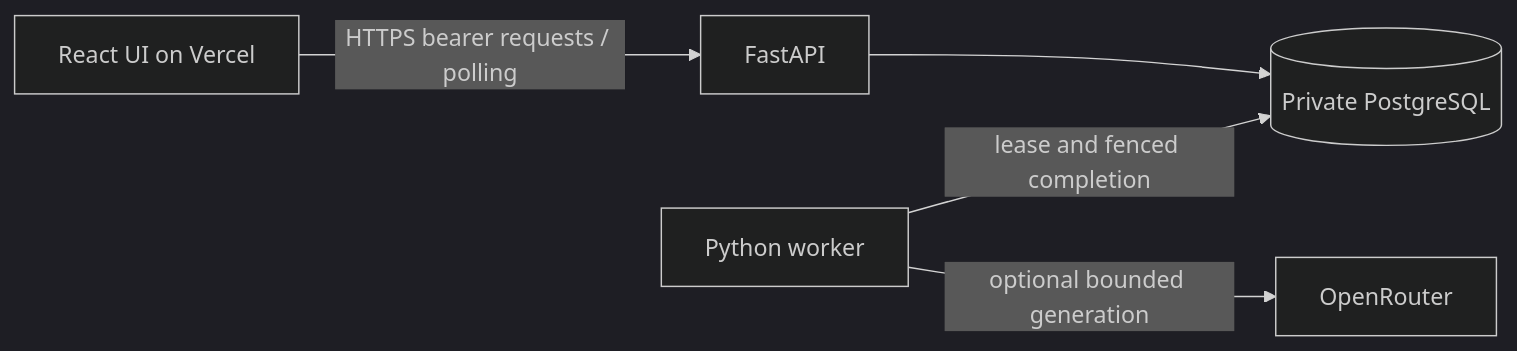
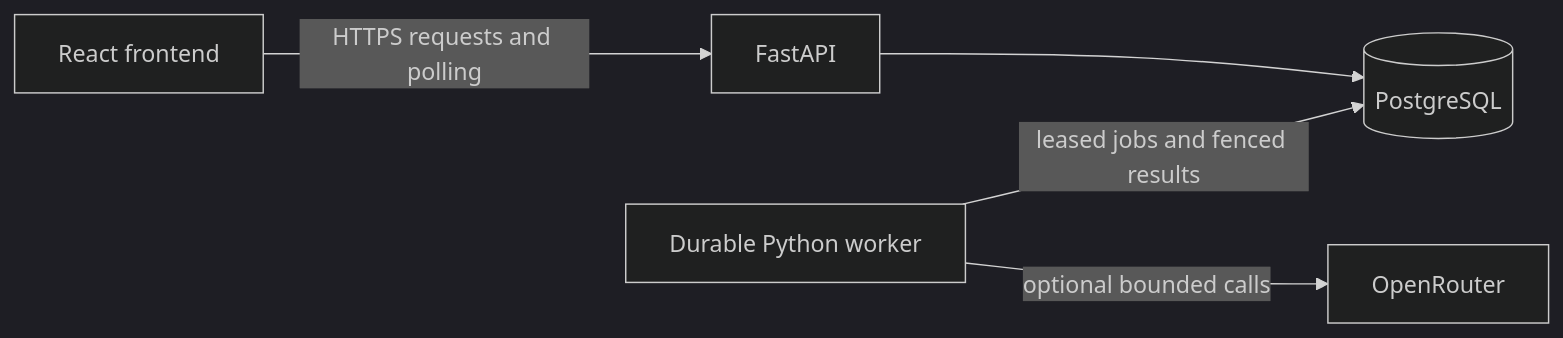
One commit to turovnd/realtime-data-workbench changed the diagram in docs/architecture.md. Above: the diagram before and after it, drawn with Mermaid (dark theme). The commit also changed other lines of this file and 337 other files, not shown here.

````diff
--- a/docs/architecture.md
+++ b/docs/architecture.md
@@ -3,7 +3,7 @@
 ```mermaid
 flowchart LR
-  UI[React UI on Vercel] -->|HTTPS bearer requests / polling| API[FastAPI]
-  API --> DB[(Private PostgreSQL)]
-  Worker[Python worker] -->|lease and fenced completion| DB
-  Worker -->|optional bounded generation| Provider[OpenRouter]
+  UI[React frontend] -->|HTTPS requests and polling| API[FastAPI]
+  API --> DB[(PostgreSQL)]
+  Worker[Durable Python worker] -->|leased jobs and fenced results| DB
+  Worker -->|optional bounded calls| Provider[OpenRouter]
 ```
````
